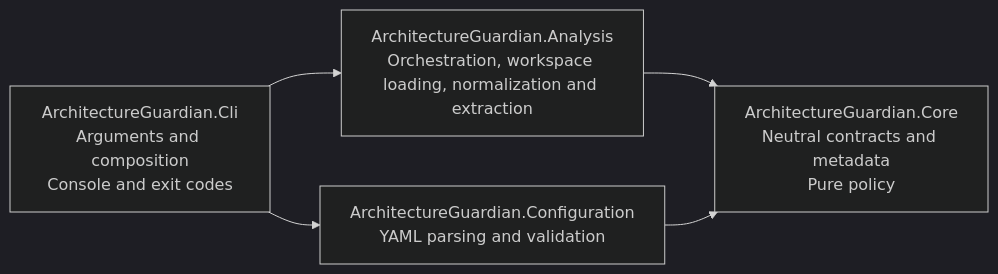
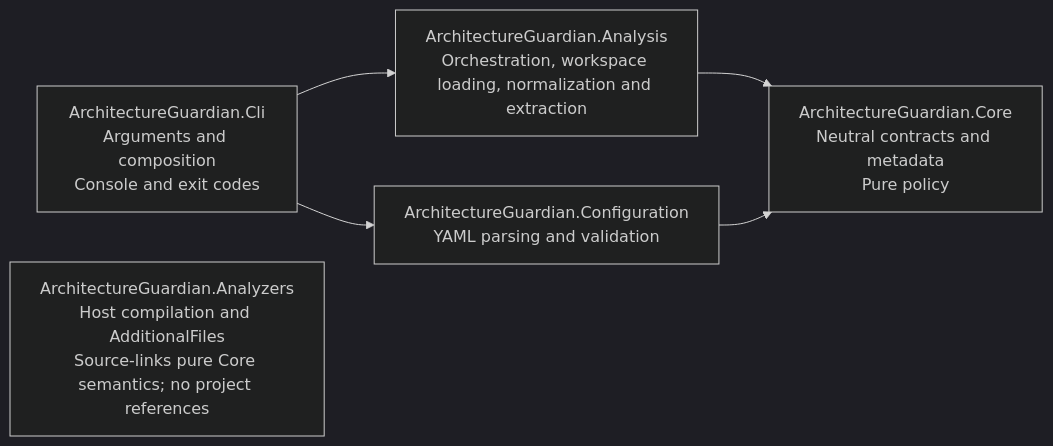
Before and after one commit to kbourzayq/arch-guard: the first of 3 diagrams in docs/architecture/overview.md, drawn with Mermaid (dark theme). The commit also changed other lines of this file and 23 other files, not shown here.

````diff
--- a/docs/architecture/overview.md
+++ b/docs/architecture/overview.md
@@ -31,12 +32,13 @@
 ```mermaid
 flowchart LR
     Cli["ArchitectureGuardian.Cli<br/>Arguments and composition<br/>Console and exit codes"]
     Analysis["ArchitectureGuardian.Analysis<br/>Orchestration, workspace loading, normalization and extraction"]
     Core["ArchitectureGuardian.Core<br/>Neutral contracts and metadata<br/>Pure policy"]
     Configuration["ArchitectureGuardian.Configuration<br/>YAML parsing and validation"]
 
     Cli --> Analysis
     Cli --> Configuration
     Analysis --> Core
     Configuration --> Core
+    Analyzers["ArchitectureGuardian.Analyzers<br/>Host compilation and AdditionalFiles<br/>Source-links pure Core semantics; no project references"]
 ```
````
